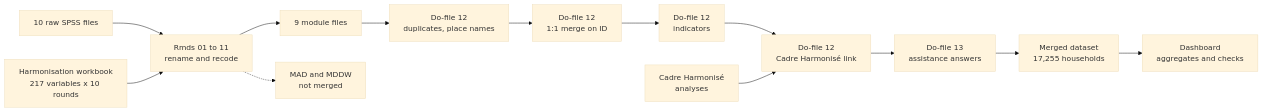
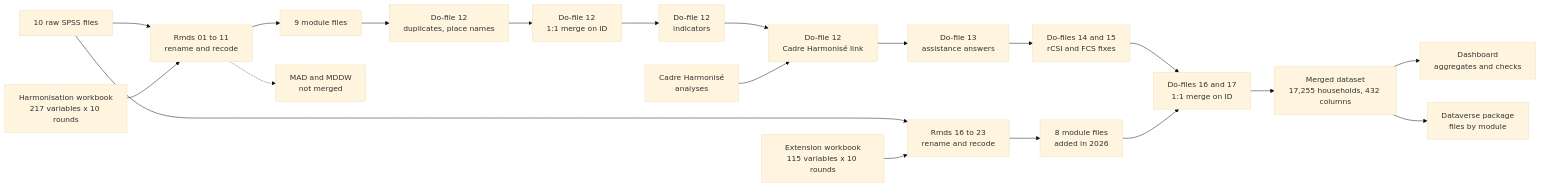
One commit to Abson-dev/WFP_Chad_Cost_Benefit_Analysis_data_merging changed the diagram in README.md. Above: the diagram before and after it, drawn with Mermaid (base theme). The commit also changed other lines of this file, not shown here.

````diff
--- a/README.md
+++ b/README.md
@@ -39,15 +40,22 @@
 ```mermaid
 flowchart LR
     raw["10 raw SPSS files"] --> rmd["Rmds 01 to 11<br/>rename and recode"]
     wb["Harmonisation workbook<br/>217 variables x 10 rounds"] --> rmd
     rmd --> mods["9 module files"]
     rmd -.-> nut["MAD and MDDW<br/>not merged"]
     mods --> clean["Do-file 12<br/>duplicates, place names"]
     clean --> merge["Do-file 12<br/>1:1 merge on ID"]
     merge --> scores["Do-file 12<br/>indicators"]
     scores --> link["Do-file 12<br/>Cadre Harmonisé link"]
     ch["Cadre Harmonisé<br/>analyses"] --> link
     link --> d13["Do-file 13<br/>assistance answers"]
-    d13 --> final["Merged dataset<br/>17,255 households"]
+    d13 --> fix["Do-files 14 and 15<br/>rCSI and FCS fixes"]
+    raw --> rmd2["Rmds 16 to 23<br/>rename and recode"]
+    wb2["Extension workbook<br/>115 variables x 10 rounds"] --> rmd2
+    rmd2 --> mods2["8 module files<br/>added in 2026"]
+    fix --> add["Do-files 16 and 17<br/>1:1 merge on ID"]
+    mods2 --> add
+    add --> final["Merged dataset<br/>17,255 households, 432 columns"]
     final --> app["Dashboard<br/>aggregates and checks"]
+    final --> dep["Dataverse package<br/>files by module"]
 ```
````
